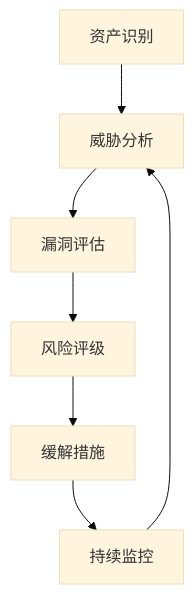
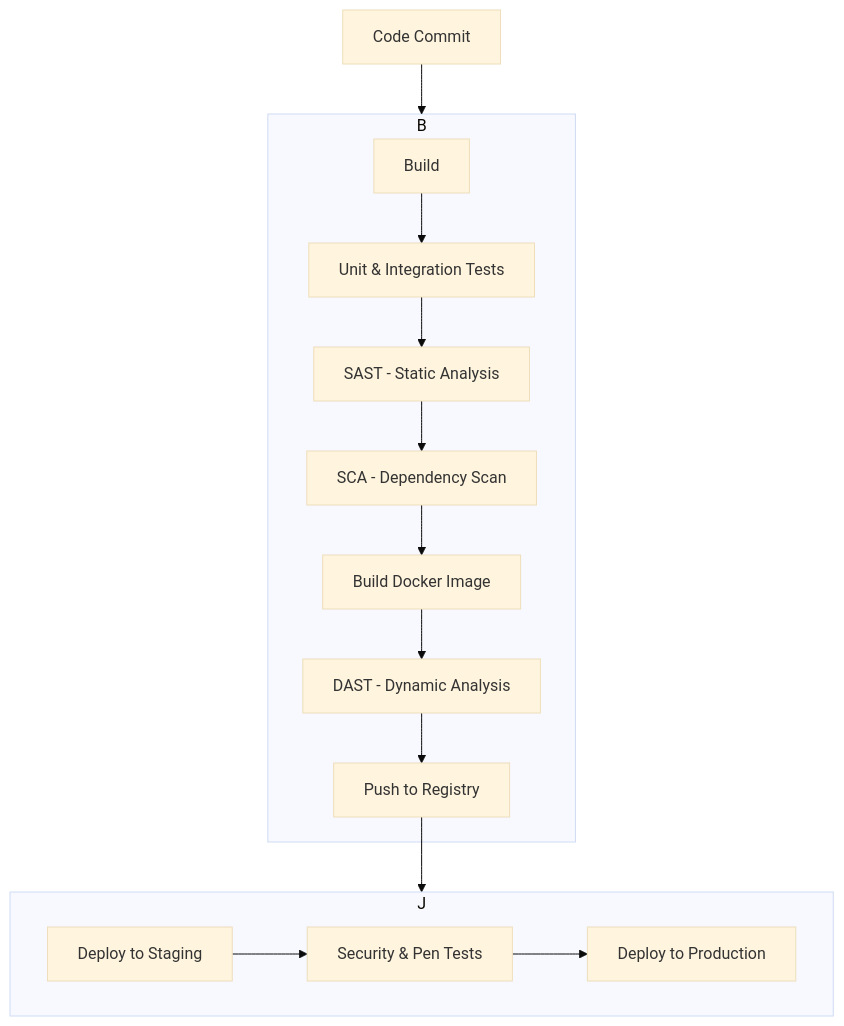
Before and after one commit to AdaMartin18010/golang: the diagram in docs/architecture_security_golang.md, drawn with Mermaid (base theme). The commit also changed other lines of this file and 13 other files, not shown here.

````diff
--- a/docs/architecture_security_golang.md
+++ b/docs/architecture_security_golang.md
@@ -107,9 +767,17 @@
 ```mermaid
 graph TD
-    A[资产识别] --> B[威胁分析]
-    B --> C[漏洞评估]
-    C --> D[风险评级]
-    D --> E[缓解措施]
-    E --> F[持续监控]
-    F --> B
+    A[Code Commit] --> B{CI Pipeline};
+    subgraph B
+        C[Build] --> D[Unit & Integration Tests];
+        D --> E[SAST - Static Analysis];
+        E --> F[SCA - Dependency Scan];
+        F --> G[Build Docker Image];
+        G --> H[DAST - Dynamic Analysis];
+        H --> I[Push to Registry];
+    end
+    I --> J{CD Pipeline};
+    subgraph J
+        K[Deploy to Staging] --> L[Security & Pen Tests];
+        L --> M[Deploy to Production];
+    end
 ```
````
